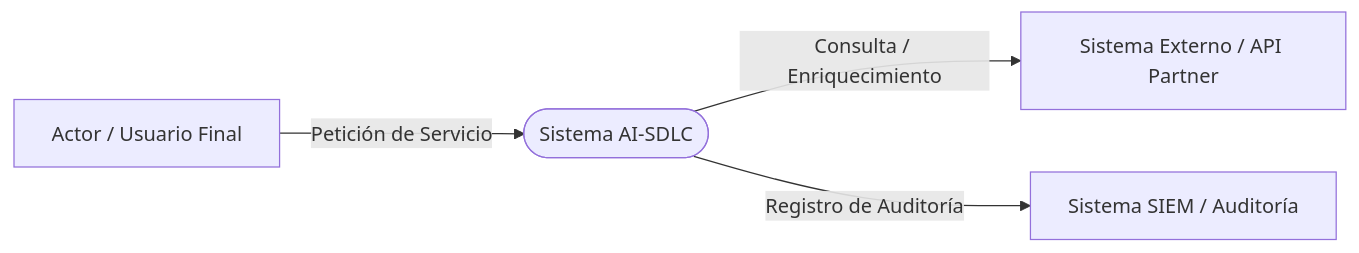
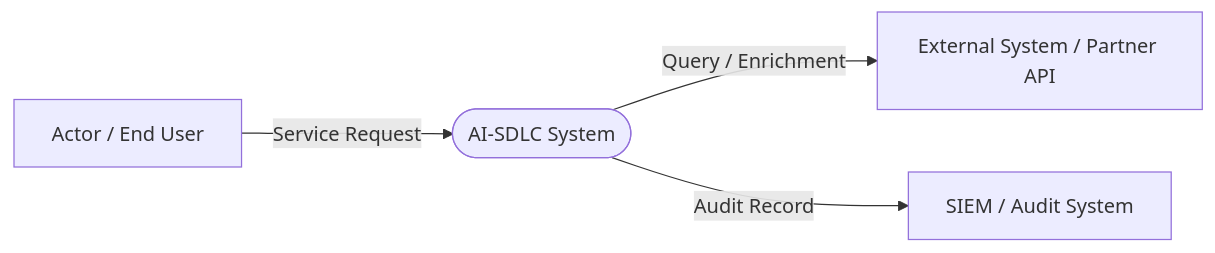
One commit to altromon/AI-SDLC changed the first of 2 diagrams in templates/architecture/context-and-scope.template.md. Above: the diagram before and after it, drawn with Mermaid. The commit also changed other lines of this file and 125 other files, not shown here.

````diff
--- a/templates/architecture/context-and-scope.template.md
+++ b/templates/architecture/context-and-scope.template.md
@@ -24,6 +24,6 @@
 ```mermaid
 graph LR
-    User[Actor / Usuario Final] -->|Petición de Servicio| System([Sistema AI-SDLC])
-    System -->|Consulta / Enriquecimiento| ExtService[Sistema Externo / API Partner]
-    System -->|Registro de Auditoría| SIEM[Sistema SIEM / Auditoría]
+    User[Actor / End User] -->|Service Request| System([AI-SDLC System])
+    System -->|Query / Enrichment| ExtService[External System / Partner API]
+    System -->|Audit Record| SIEM[SIEM / Audit System]
 ```
````
